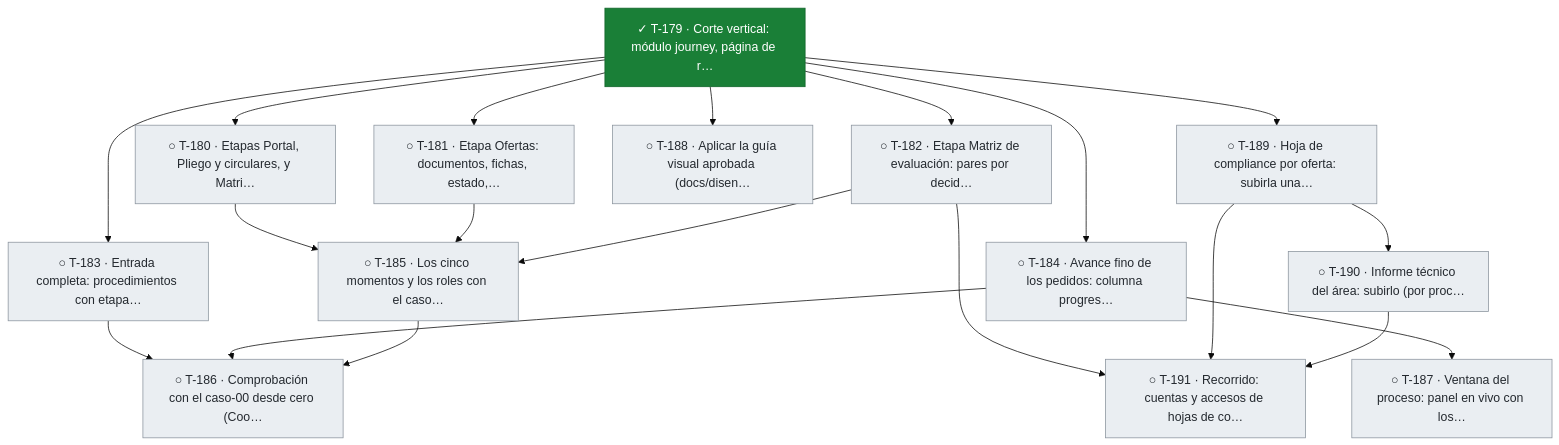
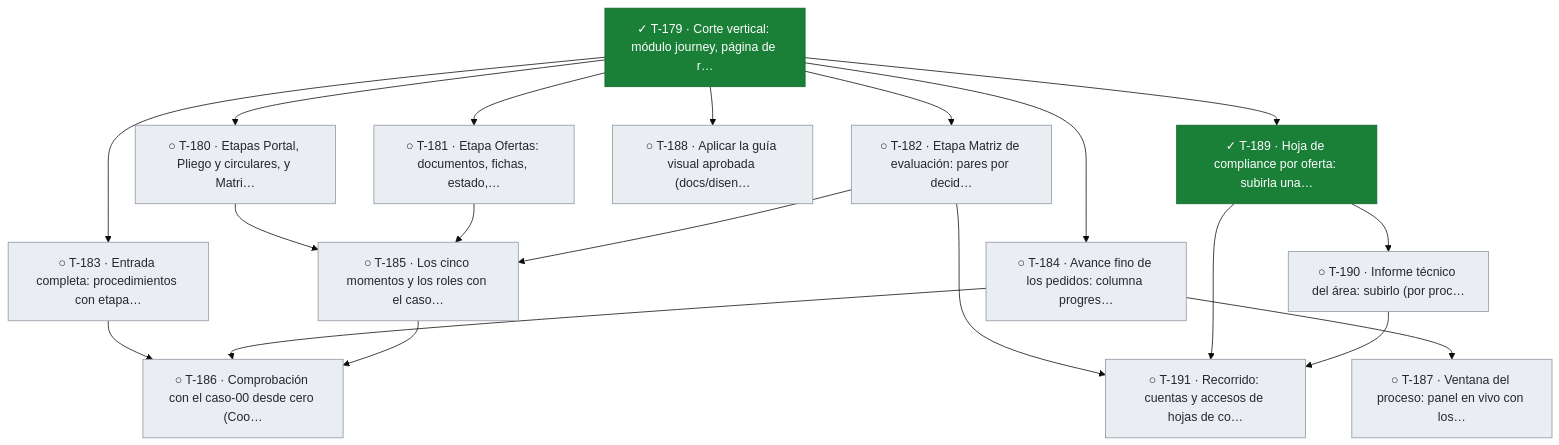
Diagram 13 of 13 in docs/tablero.md (snavello/EVALUON), drawn with Mermaid (base theme) before and after one commit. The commit also changed other lines of this file and 1 other file, not shown here.

````diff
--- a/docs/tablero.md
+++ b/docs/tablero.md
@@ -982,39 +982,39 @@
 ```mermaid
 flowchart TD
   T179["✓ T-179 · Corte vertical: módulo journey, página de r…"]:::done
   T180["○ T-180 · Etapas Portal, Pliego y circulares, y Matri…"]:::todo
   T181["○ T-181 · Etapa Ofertas: documentos, fichas, estado,…"]:::todo
   T182["○ T-182 · Etapa Matriz de evaluación: pares por decid…"]:::todo
   T183["○ T-183 · Entrada completa: procedimientos con etapa…"]:::todo
   T184["○ T-184 · Avance fino de los pedidos: columna progres…"]:::todo
   T187["○ T-187 · Ventana del proceso: panel en vivo con los…"]:::todo
   T188["○ T-188 · Aplicar la guía visual aprobada (docs/disen…"]:::todo
-  T189["○ T-189 · Hoja de compliance por oferta: subirla una…"]:::todo
+  T189["✓ T-189 · Hoja de compliance por oferta: subirla una…"]:::done
   T190["○ T-190 · Informe técnico del área: subirlo (por proc…"]:::todo
   T191["○ T-191 · Recorrido: cuentas y accesos de hojas de co…"]:::todo
   T185["○ T-185 · Los cinco momentos y los roles con el caso…"]:::todo
   T186["○ T-186 · Comprobación con el caso-00 desde cero (Coo…"]:::todo
   T179 --> T180
   T179 --> T181
   T179 --> T182
   T179 --> T183
   T179 --> T184
   T184 --> T187
   T179 --> T188
   T179 --> T189
   T189 --> T190
   T182 --> T191
   T189 --> T191
   T190 --> T191
   T180 --> T185
   T181 --> T185
   T182 --> T185
   T183 --> T186
   T184 --> T186
   T185 --> T186
   classDef done fill:#1a7f37,stroke:#116329,color:#ffffff
   classDef review fill:#0969da,stroke:#0550ae,color:#ffffff
   classDef active fill:#bf8700,stroke:#7d4e00,color:#ffffff
   classDef blocked fill:#cf222e,stroke:#a40e26,color:#ffffff
   classDef todo fill:#eaeef2,stroke:#8c959f,color:#24292f
 ```
````
